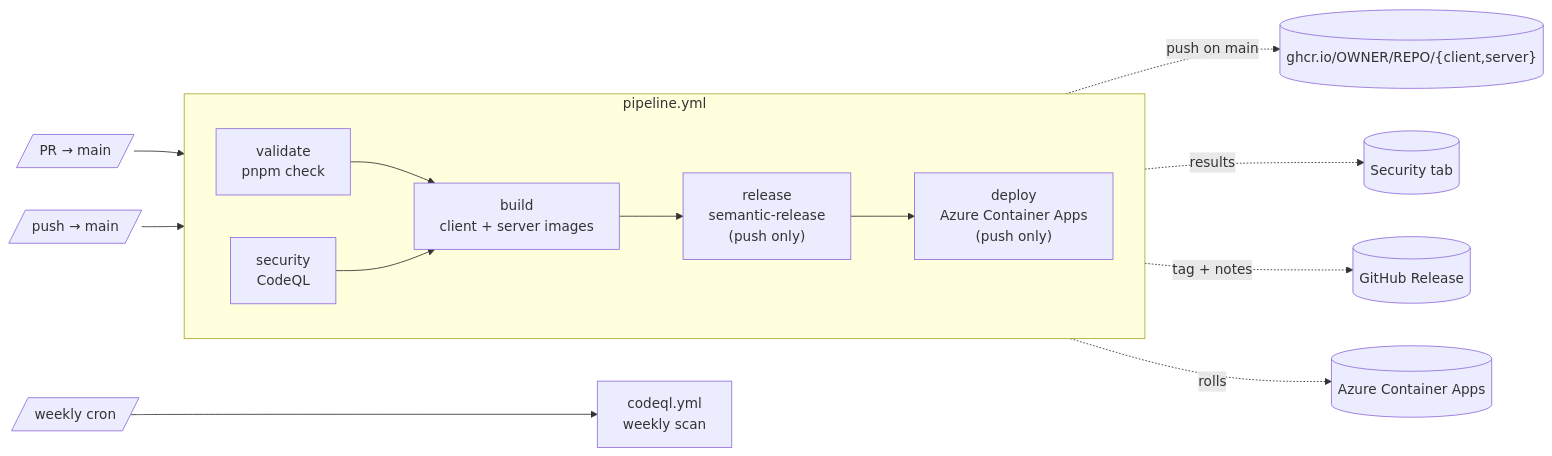
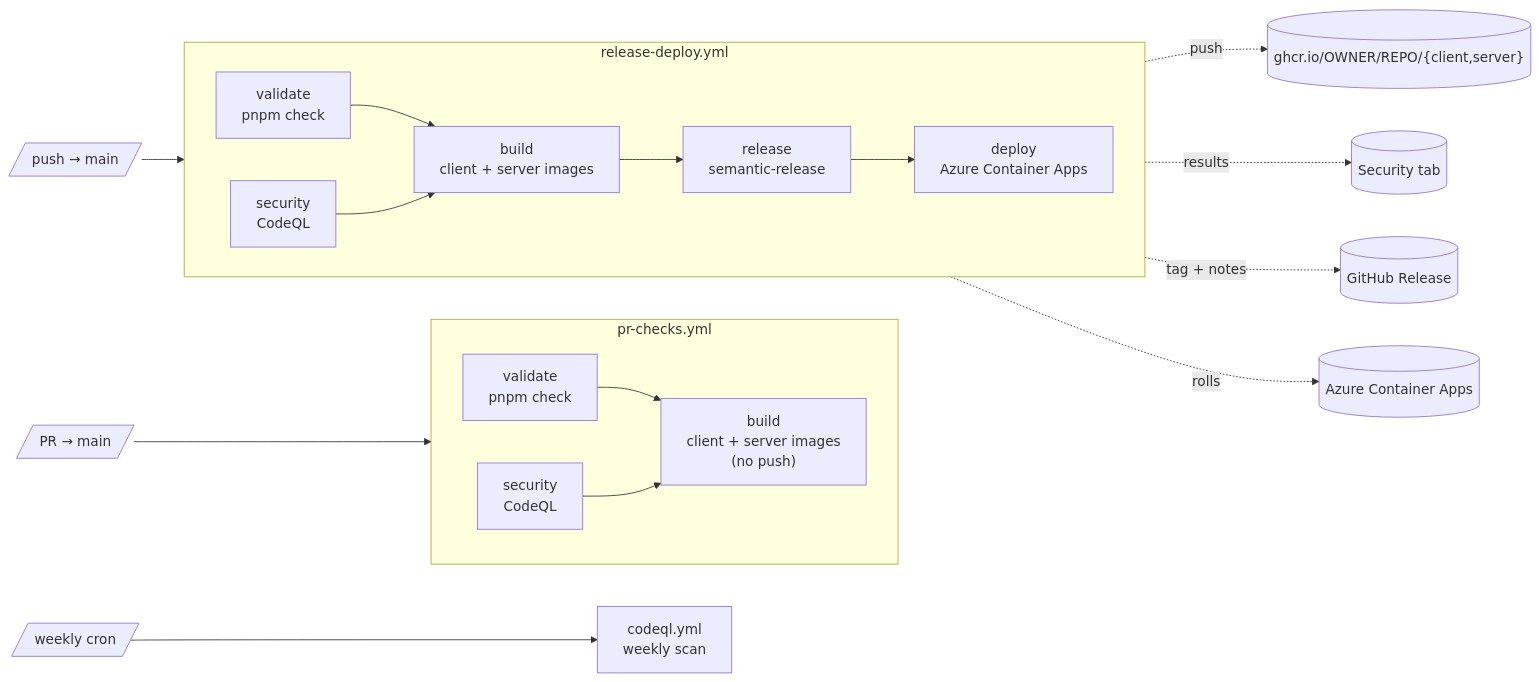
The diagram in docs/ci-cd.md (ydunets/e-commerce), drawn with Mermaid before and after one commit. The commit also changed other lines of this file and 5 other files, not shown here.

First line of the commit message:
ci: split PR checks and release/deploy into separate workflows

````diff
--- a/docs/ci-cd.md
+++ b/docs/ci-cd.md
@@ -22,27 +24,36 @@
 ```mermaid
 flowchart LR
   PR[/"PR → main"/]
   PUSH[/"push → main"/]
   CRON[/"weekly cron"/]
 
-  subgraph PIPE["pipeline.yml"]
+  subgraph PRC["pr-checks.yml"]
+    direction LR
+    PVALIDATE["validate<br/>pnpm check"]
+    PSECURITY["security<br/>CodeQL"]
+    PBUILD["build<br/>client + server images<br/>(no push)"]
+    PVALIDATE --> PBUILD
+    PSECURITY --> PBUILD
+  end
+
+  subgraph RD["release-deploy.yml"]
     direction LR
     VALIDATE["validate<br/>pnpm check"]
     SECURITY["security<br/>CodeQL"]
     BUILD["build<br/>client + server images"]
-    RELEASE["release<br/>semantic-release<br/>(push only)"]
-    DEPLOY["deploy<br/>Azure Container Apps<br/>(push only)"]
+    RELEASE["release<br/>semantic-release"]
+    DEPLOY["deploy<br/>Azure Container Apps"]
     VALIDATE --> BUILD
     SECURITY --> BUILD
     BUILD --> RELEASE --> DEPLOY
   end
 
-  PR --> PIPE
-  PUSH --> PIPE
+  PR --> PRC
+  PUSH --> RD
   CRON --> WEEKLY["codeql.yml<br/>weekly scan"]
 
-  BUILD -. "push on main" .-> GHCR[("ghcr.io/OWNER/REPO/{client,server}")]
+  BUILD -. push .-> GHCR[("ghcr.io/OWNER/REPO/{client,server}")]
   SECURITY -. results .-> SEC[("Security tab")]
   RELEASE -. "tag + notes" .-> REL[("GitHub Release")]
   DEPLOY -. rolls .-> AZ[("Azure Container Apps")]
 ```
````
